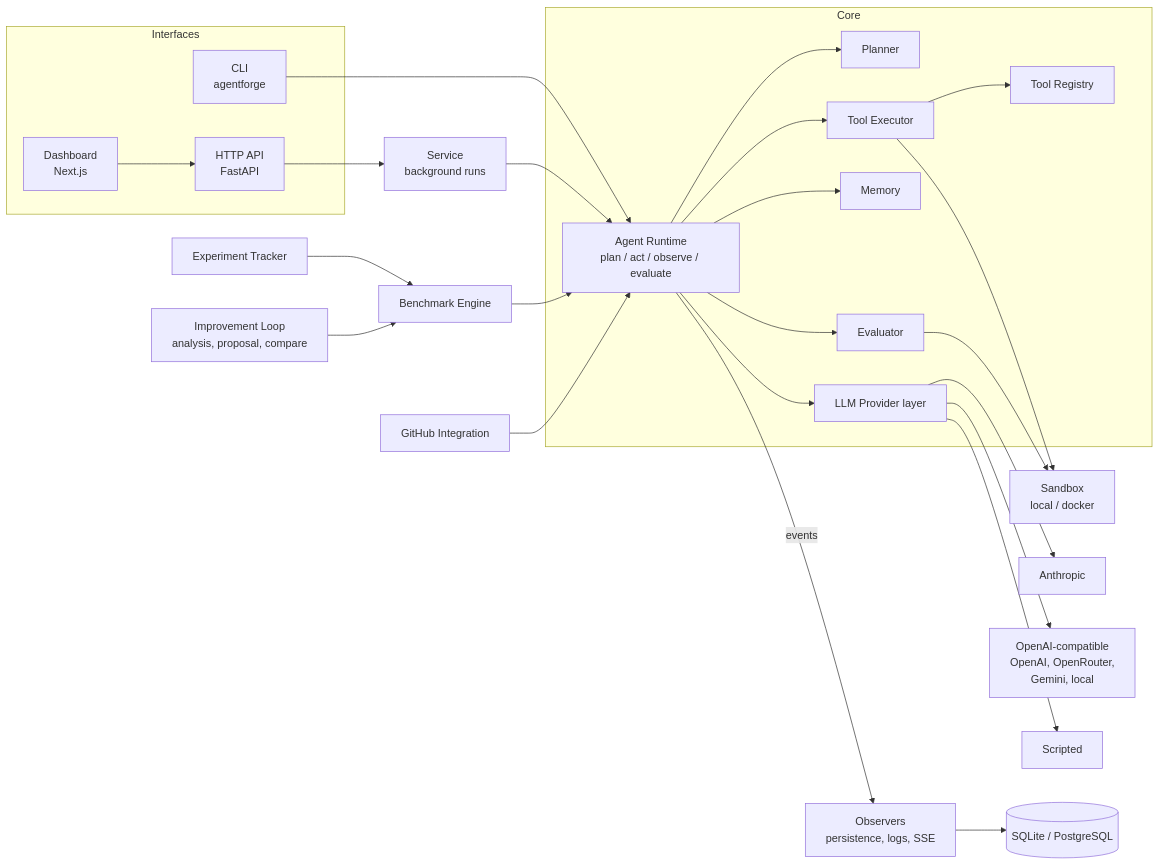
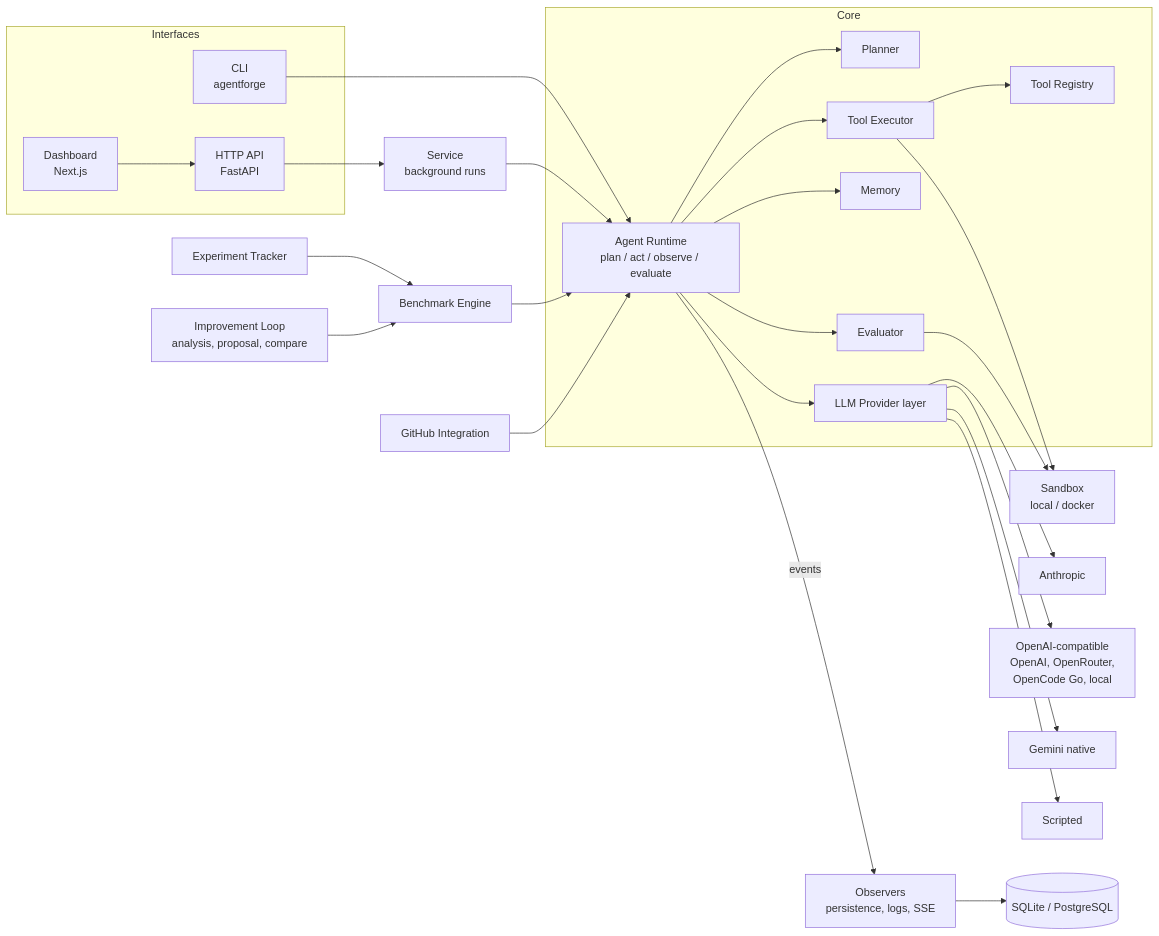
One commit to ege-arhan/Agent-Forge changed the diagram in ARCHITECTURE.md. Above: the diagram before and after it, drawn with Mermaid. The commit also changed other lines of this file and 10 other files, not shown here.

First line of the commit message:
Add a native Gemini adapter (T-002b); record v0.2.0 as released

````diff
--- a/ARCHITECTURE.md
+++ b/ARCHITECTURE.md
@@ -10,42 +10,43 @@
 ```mermaid
 flowchart LR
     subgraph Interfaces
         CLI[CLI<br/>agentforge]
         API[HTTP API<br/>FastAPI]
         WEB[Dashboard<br/>Next.js]
     end
     WEB --> API
     CLI --> RT
     API --> SVC[Service<br/>background runs]
     SVC --> RT
 
     subgraph Core
         RT[Agent Runtime<br/>plan / act / observe / evaluate]
         PL[Planner]
         EX[Tool Executor]
         REG[Tool Registry]
         MEM[Memory]
         LLM[LLM Provider layer]
         EV[Evaluator]
     end
     RT --> PL
     RT --> LLM
     RT --> EX
     EX --> REG
     RT --> MEM
     RT --> EV
     EX --> SB[Sandbox<br/>local / docker]
     EV --> SB
 
     LLM --> P1[Anthropic]
-    LLM --> P2[OpenAI-compatible<br/>OpenAI, OpenRouter,<br/>Gemini, local]
+    LLM --> P2[OpenAI-compatible<br/>OpenAI, OpenRouter,<br/>OpenCode Go, local]
+    LLM --> P4[Gemini native]
     LLM --> P3[Scripted]
 
     BE[Benchmark Engine] --> RT
     XP[Experiment Tracker] --> BE
     IL[Improvement Loop<br/>analysis, proposal, compare] --> BE
     GH[GitHub Integration] --> RT
 
     RT -- events --> OBS[Observers<br/>persistence, logs, SSE]
     OBS --> DB[(SQLite / PostgreSQL)]
 ```
````
